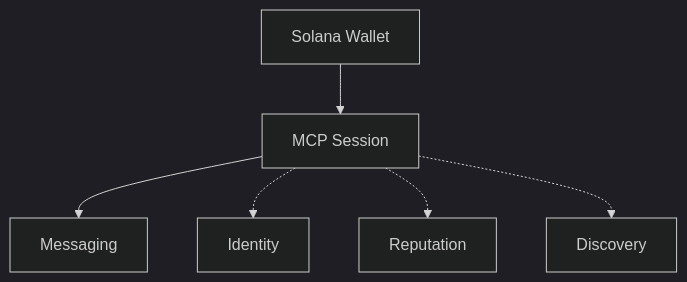
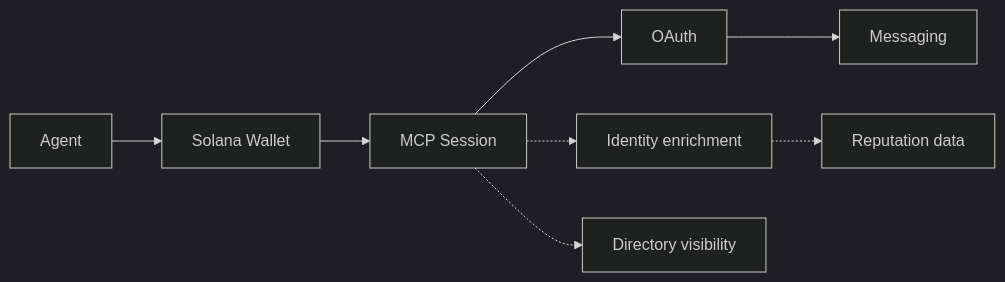
The diagram in README.md (DesideApp/deside-mcp), drawn with Mermaid (dark theme) before and after one commit. The commit also changed other lines of this file and 9 other files, not shown here.

Commit message:
docs: align public MCP docs and mini-agent

````diff
--- a/README.md
+++ b/README.md
@@ -20,8 +22,10 @@
 ```mermaid
-flowchart TD
-    W[Solana Wallet] --> S[MCP Session]
-    S --> M[Messaging]
-    S -.-> I[Identity]
-    S -.-> R[Reputation]
-    S -.-> D[Discovery]
+flowchart LR
+    A[Agent] --> W[Solana Wallet]
+    W --> S[MCP Session]
+    S --> O[OAuth]
+    O --> M[Messaging]
+    S -.-> I[Identity enrichment]
+    I -.-> R[Reputation data]
+    S -.-> D[Directory visibility]
 ```
````
